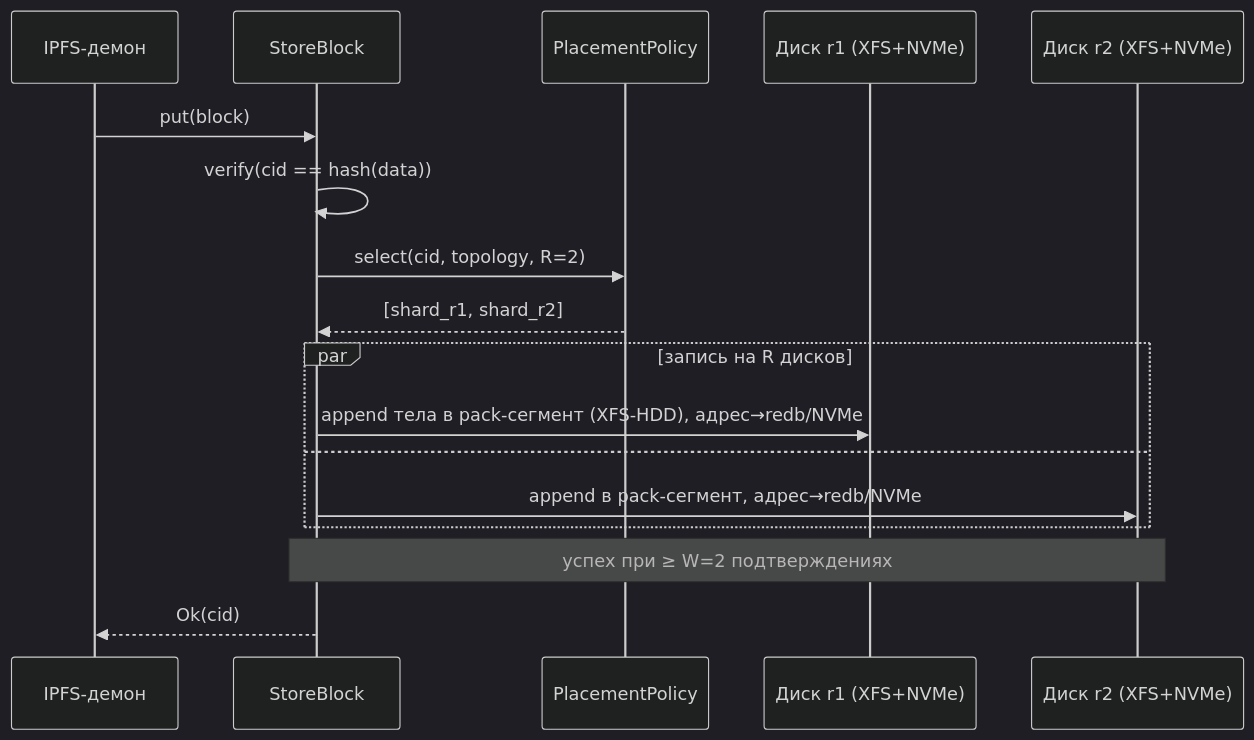
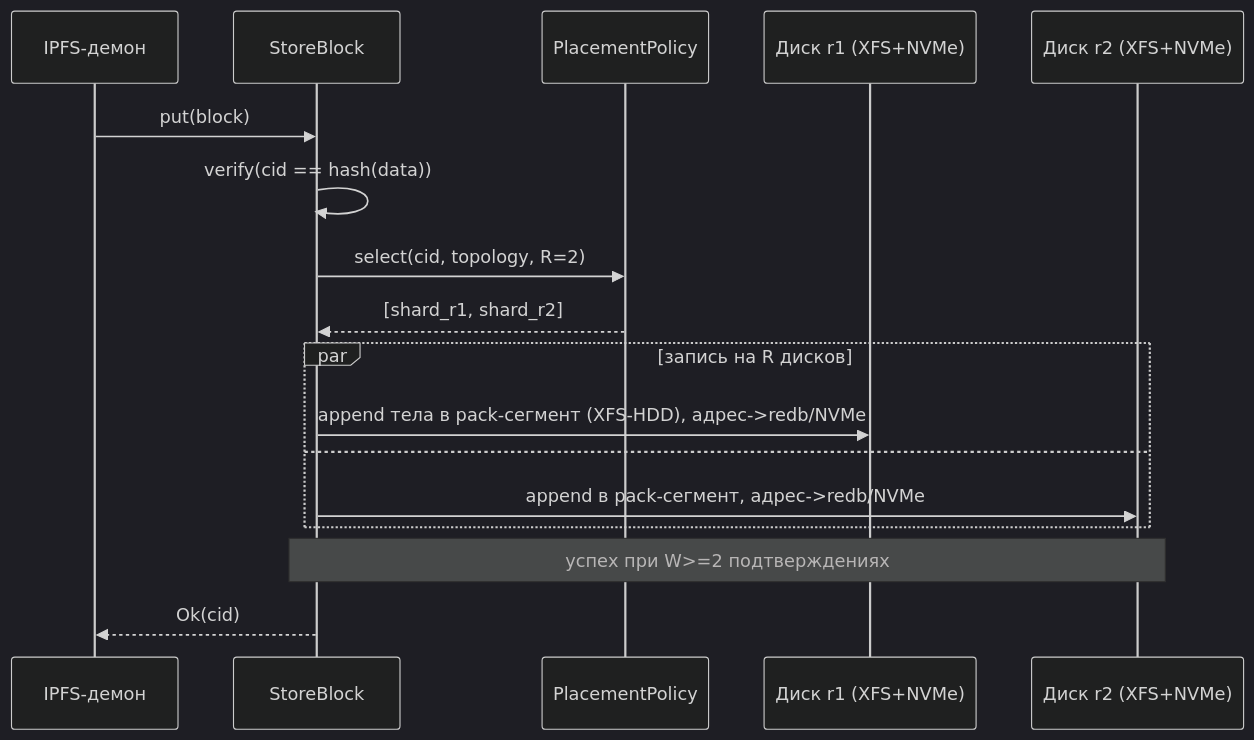
Before and after one commit to yunusovt983-art/ozd: the second of 9 diagrams in Wiki/ARCHITECTURE.md, drawn with Mermaid (dark theme). The commit also changed other lines of this file, not shown here.

Commit message:
fix: fix all sequenceDiagram parse errors in ARCHITECTURE.md
Replace Unicode arrows (→) and comparison operators (≥, >=) in
sequenceDiagram blocks — Mermaid lexer treats them as arrow tokens
causing 'INVALID' parse errors on GitHub.

````diff
--- a/Wiki/ARCHITECTURE.md
+++ b/Wiki/ARCHITECTURE.md
@@ -146,19 +146,19 @@
 ```mermaid
 sequenceDiagram
     participant I as IPFS-демон
     participant A as StoreBlock
     participant P as PlacementPolicy
     participant D1 as Диск r1 (XFS+NVMe)
     participant D2 as Диск r2 (XFS+NVMe)
     I->>A: put(block)
     A->>A: verify(cid == hash(data))
     A->>P: select(cid, topology, R=2)
     P-->>A: [shard_r1, shard_r2]
     par запись на R дисков
-        A->>D1: append тела в pack-сегмент (XFS-HDD), адрес→redb/NVMe
+        A->>D1: append тела в pack-сегмент (XFS-HDD), адрес->redb/NVMe
     and
-        A->>D2: append в pack-сегмент, адрес→redb/NVMe
+        A->>D2: append в pack-сегмент, адрес->redb/NVMe
     end
-    Note over A,D2: успех при ≥ W=2 подтверждениях
+    Note over A,D2: успех при W>=2 подтверждениях
     A-->>I: Ok(cid)
 ```
````
